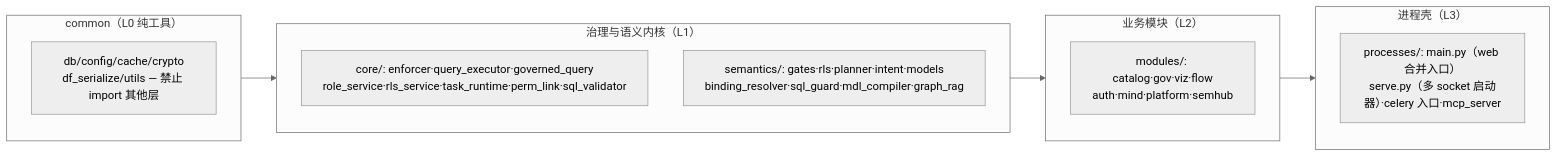
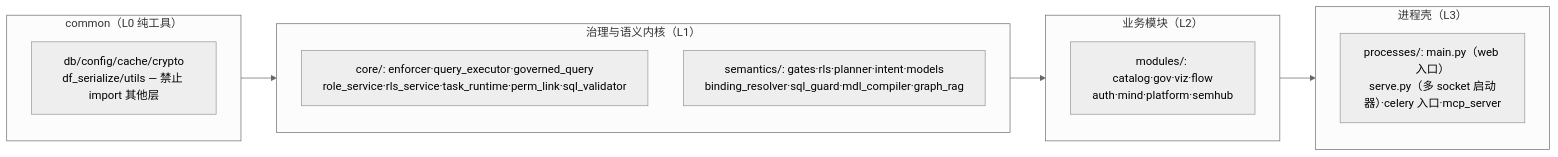
One commit to PomeloSpring/AI-DataHub changed the second of 5 diagrams in docs/ARCHITECTURE.md. Above: the diagram before and after it, drawn with Mermaid (neutral theme). The commit also changed other lines of this file and 58 other files, not shown here.

````diff
--- a/docs/ARCHITECTURE.md
+++ b/docs/ARCHITECTURE.md
@@ -71,17 +71,17 @@
 ```mermaid
 flowchart LR
     subgraph L0["common（L0 纯工具）"]
         C["db/config/cache/crypto<br/>df_serialize/utils — 禁止 import 其他层"]
     end
     subgraph L1["治理与语义内核（L1）"]
         CORE["core/: enforcer·query_executor·governed_query<br/>role_service·rls_service·task_runtime·perm_link·sql_validator"]
         SEM["semantics/: gates·rls·planner·intent·models<br/>binding_resolver·sql_guard·mdl_compiler·graph_rag"]
     end
     subgraph L2["业务模块（L2）"]
         M["modules/: catalog·gov·viz·flow<br/>auth·mind·platform·semhub"]
     end
     subgraph L3["进程壳（L3）"]
-        P["processes/: main.py（web 合并入口）<br/>serve.py（多 socket 启动器）·celery 入口·mcp_server"]
+        P["processes/: main.py（web 入口）<br/>serve.py（多 socket 启动器）·celery 入口·mcp_server"]
     end
     L0 --> L1 --> L2 --> L3
 ```
````
